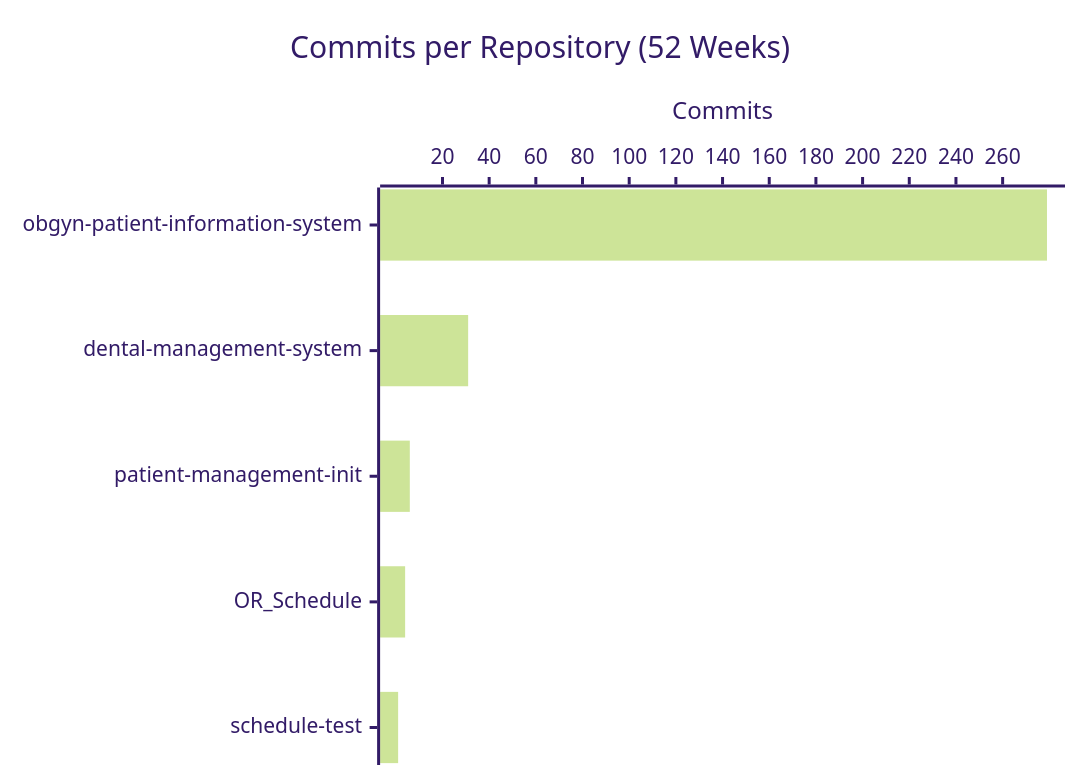
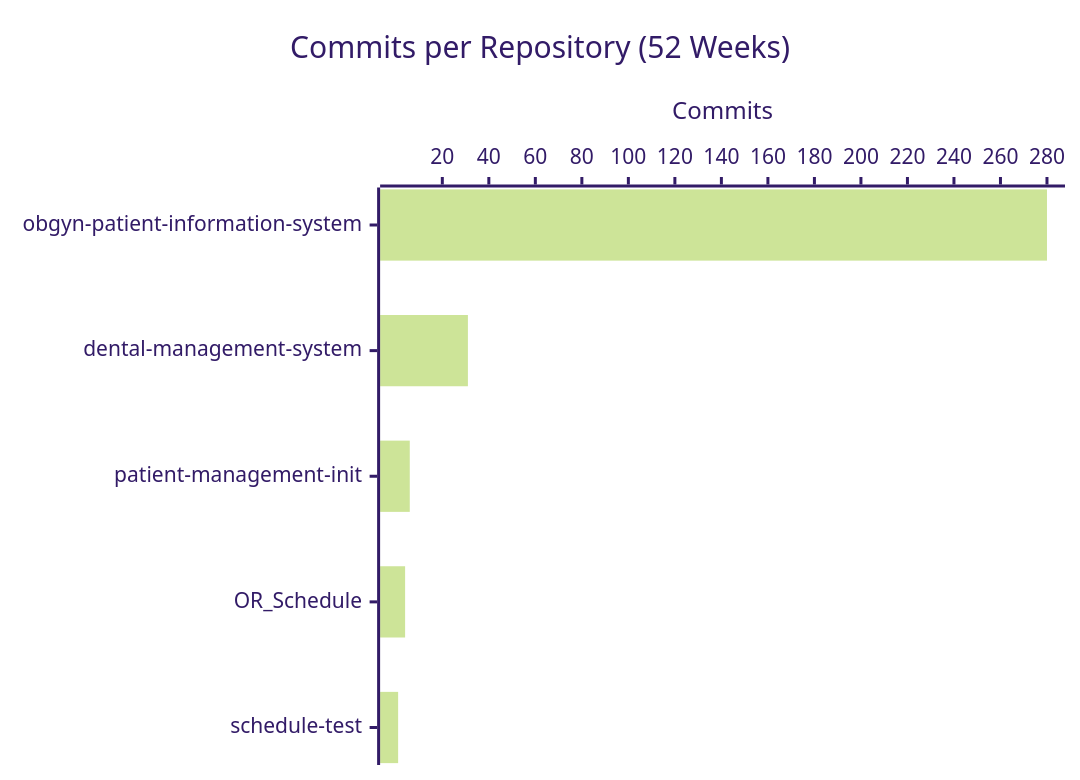
The second of 4 diagrams in profile/README.md (CSTH-Projects/.github), drawn with Mermaid (forest theme) before and after one commit. The commit also changed other lines of this file, not shown here.

````diff
--- a/profile/README.md
+++ b/profile/README.md
@@ -23,7 +23,7 @@
 ```mermaid
 xychart-beta horizontal
     title "Commits per Repository (52 Weeks)"
     x-axis ["obgyn-patient-information-system", "dental-management-system", "patient-management-init", "OR_Schedule", "schedule-test"]
     y-axis "Commits"
-    bar [279, 31, 6, 4, 1]
+    bar [280, 31, 6, 4, 1]
 ```
````
